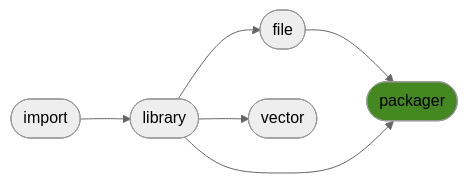
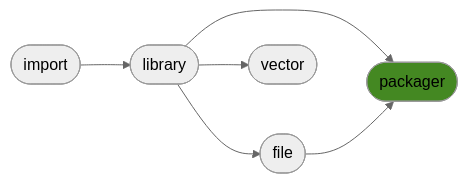
Before and after one commit to ManderaGeneral/generalpackager: the diagram in README.md, drawn with Mermaid (neutral theme). The commit also changed other lines of this file, not shown here.

````diff
--- a/README.md
+++ b/README.md
@@ -16,14 +16,14 @@
 ```mermaid
 flowchart LR
+1([library]) --> 4([packager])
+1([library]) --> 3([vector])
 2([file]) --> 4([packager])
-1([library]) --> 3([vector])
+0([import]) --> 1([library])
 1([library]) --> 2([file])
-1([library]) --> 4([packager])
-0([import]) --> 1([library])
 click 0 "https://github.com/ManderaGeneral/generalimport"
 click 1 "https://github.com/ManderaGeneral/generallibrary"
 click 2 "https://github.com/ManderaGeneral/generalfile"
 click 3 "https://github.com/ManderaGeneral/generalvector"
 click 4 "https://github.com/ManderaGeneral/generalpackager"
 style 4 fill:#482
 ```
````
